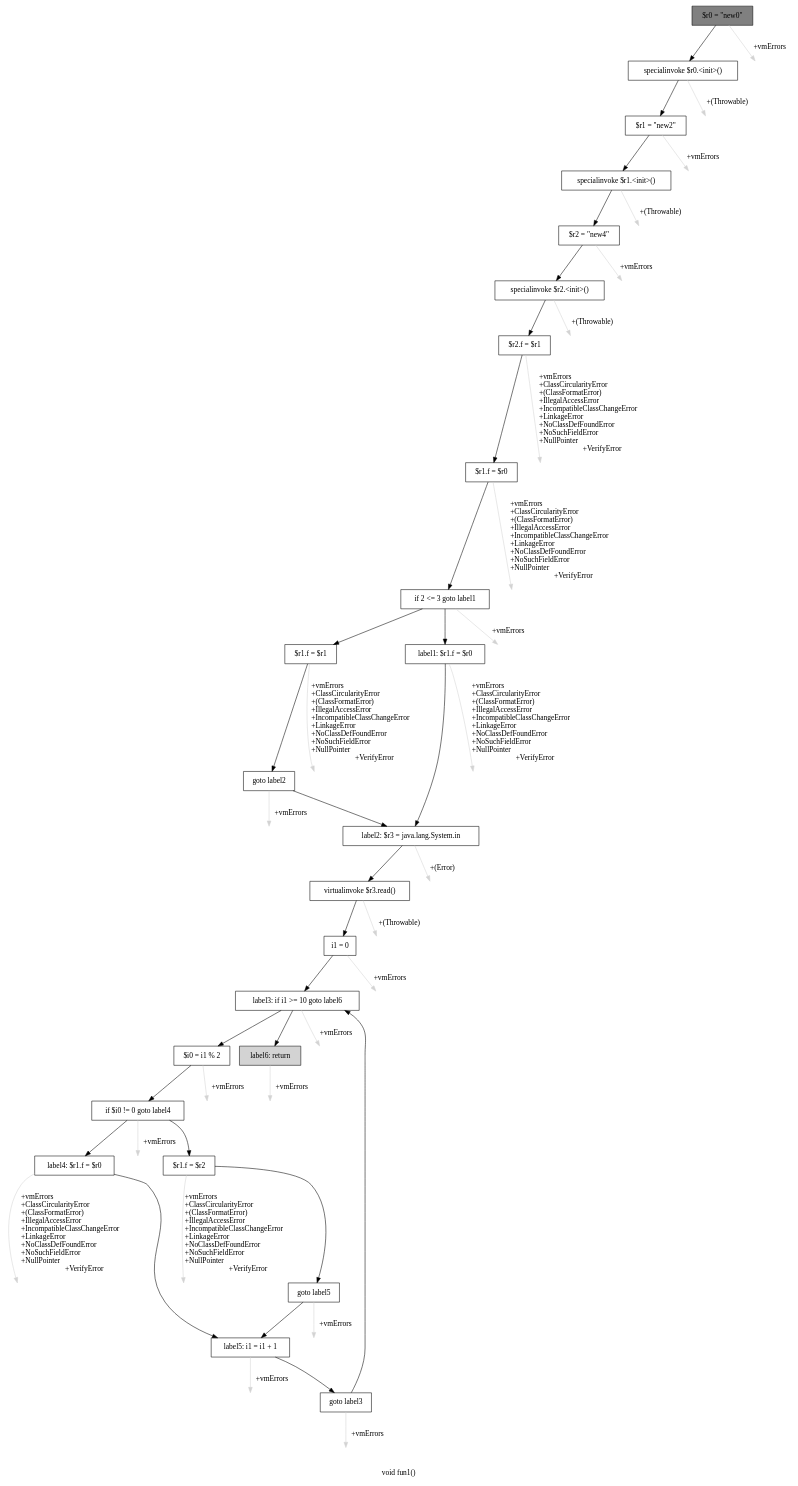
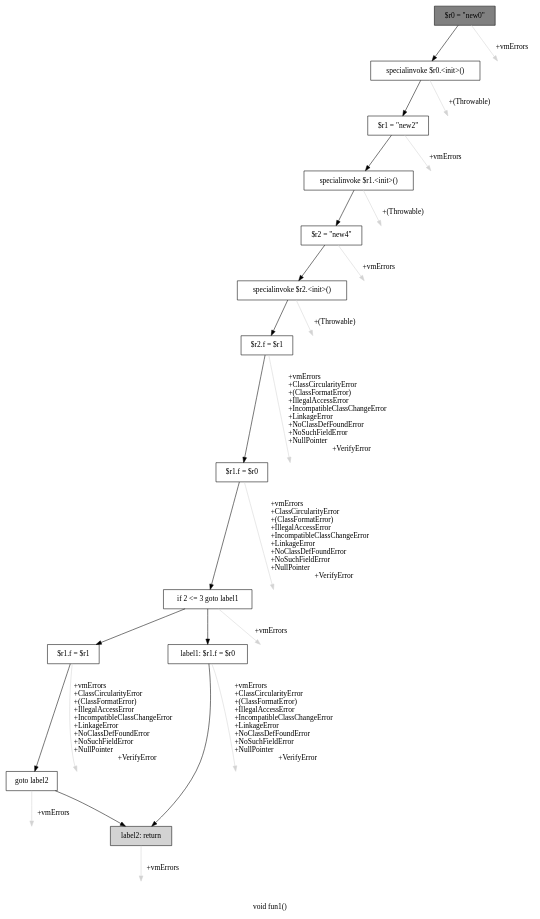
Before and after one commit to gourishankerJK/DeReference-Pointer-Analysis: the diagram in cfg.dot, drawn with Graphviz. The commit also changed 6 other files, not shown here.

```diff
--- a/cfg.dot
+++ b/cfg.dot
@@ -1,102 +1,56 @@
 digraph "void fun1()" {
     label="void fun1()";
     node [shape=box];
     "0" [style=filled,fillcolor=gray,label="$r0 = \"new0\"",];
     "1" [label="specialinvoke $r0.<init>()",];
     "0"->"1" [color=black,];
-    "24" [style=invis,label="Esc",];
-    "0"->"24" [color=lightgray,label="\l+vmErrors",];
+    "13" [style=invis,label="Esc",];
+    "0"->"13" [color=lightgray,label="\l+vmErrors",];
     "2" [label="$r1 = \"new2\"",];
     "1"->"2" [color=black,];
-    "25" [style=invis,label="Esc",];
-    "1"->"25" [color=lightgray,label="\l+(Throwable)",];
+    "14" [style=invis,label="Esc",];
+    "1"->"14" [color=lightgray,label="\l+(Throwable)",];
     "3" [label="specialinvoke $r1.<init>()",];
     "2"->"3" [color=black,];
-    "26" [style=invis,label="Esc",];
-    "2"->"26" [color=lightgray,label="\l+vmErrors",];
+    "15" [style=invis,label="Esc",];
+    "2"->"15" [color=lightgray,label="\l+vmErrors",];
     "4" [label="$r2 = \"new4\"",];
     "3"->"4" [color=black,];
-    "27" [style=invis,label="Esc",];
-    "3"->"27" [color=lightgray,label="\l+(Throwable)",];
+    "16" [style=invis,label="Esc",];
+    "3"->"16" [color=lightgray,label="\l+(Throwable)",];
     "5" [label="specialinvoke $r2.<init>()",];
     "4"->"5" [color=black,];
-    "28" [style=invis,label="Esc",];
-    "4"->"28" [color=lightgray,label="\l+vmErrors",];
+    "17" [style=invis,label="Esc",];
+    "4"->"17" [color=lightgray,label="\l+vmErrors",];
     "6" [label="$r2.f = $r1",];
     "5"->"6" [color=black,];
-    "29" [style=invis,label="Esc",];
-    "5"->"29" [color=lightgray,label="\l+(Throwable)",];
+    "18" [style=invis,label="Esc",];
+    "5"->"18" [color=lightgray,label="\l+(Throwable)",];
     "7" [label="$r1.f = $r0",];
     "6"->"7" [color=black,];
-    "30" [style=invis,label="Esc",];
-    "6"->"30" [color=lightgray,label="\l+vmErrors\l+ClassCircularityError\l+(ClassFormatError)\l+IllegalAccessError\l+IncompatibleClassChangeError\l+LinkageError\l+NoClassDefFoundError\l+NoSuchFieldError\l+NullPointer\l+VerifyError",];
+    "19" [style=invis,label="Esc",];
+    "6"->"19" [color=lightgray,label="\l+vmErrors\l+ClassCircularityError\l+(ClassFormatError)\l+IllegalAccessError\l+IncompatibleClassChangeError\l+LinkageError\l+NoClassDefFoundError\l+NoSuchFieldError\l+NullPointer\l+VerifyError",];
     "8" [label="if 2 <= 3 goto label1",];
     "7"->"8" [color=black,];
-    "31" [style=invis,label="Esc",];
-    "7"->"31" [color=lightgray,label="\l+vmErrors\l+ClassCircularityError\l+(ClassFormatError)\l+IllegalAccessError\l+IncompatibleClassChangeError\l+LinkageError\l+NoClassDefFoundError\l+NoSuchFieldError\l+NullPointer\l+VerifyError",];
+    "20" [style=invis,label="Esc",];
+    "7"->"20" [color=lightgray,label="\l+vmErrors\l+ClassCircularityError\l+(ClassFormatError)\l+IllegalAccessError\l+IncompatibleClassChangeError\l+LinkageError\l+NoClassDefFoundError\l+NoSuchFieldError\l+NullPointer\l+VerifyError",];
     "9" [label="$r1.f = $r1",];
     "8"->"9" [color=black,];
     "11" [label="label1: $r1.f = $r0",];
     "8"->"11" [color=black,];
-    "32" [style=invis,label="Esc",];
-    "8"->"32" [color=lightgray,label="\l+vmErrors",];
+    "21" [style=invis,label="Esc",];
+    "8"->"21" [color=lightgray,label="\l+vmErrors",];
     "10" [label="goto label2",];
     "9"->"10" [color=black,];
-    "33" [style=invis,label="Esc",];
-    "9"->"33" [color=lightgray,label="\l+vmErrors\l+ClassCircularityError\l+(ClassFormatError)\l+IllegalAccessError\l+IncompatibleClassChangeError\l+LinkageError\l+NoClassDefFoundError\l+NoSuchFieldError\l+NullPointer\l+VerifyError",];
-    "12" [label="label2: $r3 = java.lang.System.in",];
+    "22" [style=invis,label="Esc",];
+    "9"->"22" [color=lightgray,label="\l+vmErrors\l+ClassCircularityError\l+(ClassFormatError)\l+IllegalAccessError\l+IncompatibleClassChangeError\l+LinkageError\l+NoClassDefFoundError\l+NoSuchFieldError\l+NullPointer\l+VerifyError",];
+    "12" [style=filled,fillcolor=lightgray,label="label2: return",];
     "10"->"12" [color=black,];
-    "34" [style=invis,label="Esc",];
-    "10"->"34" [color=lightgray,label="\l+vmErrors",];
+    "23" [style=invis,label="Esc",];
+    "10"->"23" [color=lightgray,label="\l+vmErrors",];
     "11"->"12" [color=black,];
-    "35" [style=invis,label="Esc",];
-    "11"->"35" [color=lightgray,label="\l+vmErrors\l+ClassCircularityError\l+(ClassFormatError)\l+IllegalAccessError\l+IncompatibleClassChangeError\l+LinkageError\l+NoClassDefFoundError\l+NoSuchFieldError\l+NullPointer\l+VerifyError",];
-    "13" [label="virtualinvoke $r3.read()",];
-    "12"->"13" [color=black,];
-    "36" [style=invis,label="Esc",];
-    "12"->"36" [color=lightgray,label="\l+(Error)",];
-    "14" [label="i1 = 0",];
-    "13"->"14" [color=black,];
-    "37" [style=invis,label="Esc",];
-    "13"->"37" [color=lightgray,label="\l+(Throwable)",];
-    "15" [label="label3: if i1 >= 10 goto label6",];
-    "14"->"15" [color=black,];
-    "38" [style=invis,label="Esc",];
-    "14"->"38" [color=lightgray,label="\l+vmErrors",];
-    "16" [label="$i0 = i1 % 2",];
-    "15"->"16" [color=black,];
-    "23" [style=filled,fillcolor=lightgray,label="label6: return",];
-    "15"->"23" [color=black,];
-    "39" [style=invis,label="Esc",];
-    "15"->"39" [color=lightgray,label="\l+vmErrors",];
-    "17" [label="if $i0 != 0 goto label4",];
-    "16"->"17" [color=black,];
-    "40" [style=invis,label="Esc",];
-    "16"->"40" [color=lightgray,label="\l+vmErrors",];
-    "18" [label="$r1.f = $r2",];
-    "17"->"18" [color=black,];
-    "20" [label="label4: $r1.f = $r0",];
-    "17"->"20" [color=black,];
-    "41" [style=invis,label="Esc",];
-    "17"->"41" [color=lightgray,label="\l+vmErrors",];
-    "19" [label="goto label5",];
-    "18"->"19" [color=black,];
-    "42" [style=invis,label="Esc",];
-    "18"->"42" [color=lightgray,label="\l+vmErrors\l+ClassCircularityError\l+(ClassFormatError)\l+IllegalAccessError\l+IncompatibleClassChangeError\l+LinkageError\l+NoClassDefFoundError\l+NoSuchFieldError\l+NullPointer\l+VerifyError",];
-    "21" [label="label5: i1 = i1 + 1",];
-    "19"->"21" [color=black,];
-    "43" [style=invis,label="Esc",];
-    "19"->"43" [color=lightgray,label="\l+vmErrors",];
-    "20"->"21" [color=black,];
-    "44" [style=invis,label="Esc",];
-    "20"->"44" [color=lightgray,label="\l+vmErrors\l+ClassCircularityError\l+(ClassFormatError)\l+IllegalAccessError\l+IncompatibleClassChangeError\l+LinkageError\l+NoClassDefFoundError\l+NoSuchFieldError\l+NullPointer\l+VerifyError",];
-    "22" [label="goto label3",];
-    "21"->"22" [color=black,];
-    "45" [style=invis,label="Esc",];
-    "21"->"45" [color=lightgray,label="\l+vmErrors",];
-    "22"->"15" [color=black,];
-    "46" [style=invis,label="Esc",];
-    "22"->"46" [color=lightgray,label="\l+vmErrors",];
-    "47" [style=invis,label="Esc",];
-    "23"->"47" [color=lightgray,label="\l+vmErrors",];
+    "24" [style=invis,label="Esc",];
+    "11"->"24" [color=lightgray,label="\l+vmErrors\l+ClassCircularityError\l+(ClassFormatError)\l+IllegalAccessError\l+IncompatibleClassChangeError\l+LinkageError\l+NoClassDefFoundError\l+NoSuchFieldError\l+NullPointer\l+VerifyError",];
+    "25" [style=invis,label="Esc",];
+    "12"->"25" [color=lightgray,label="\l+vmErrors",];
 }
```
